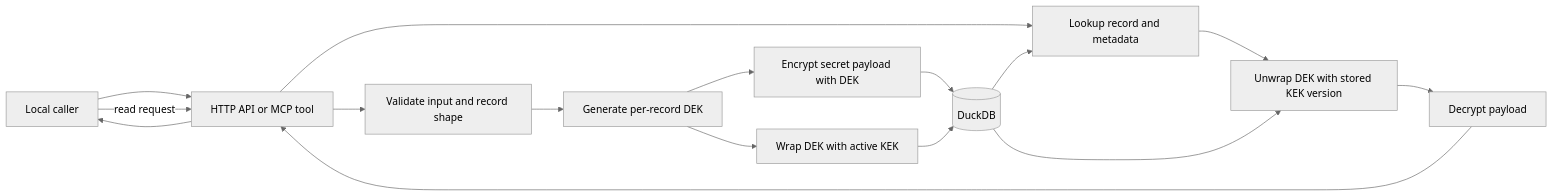
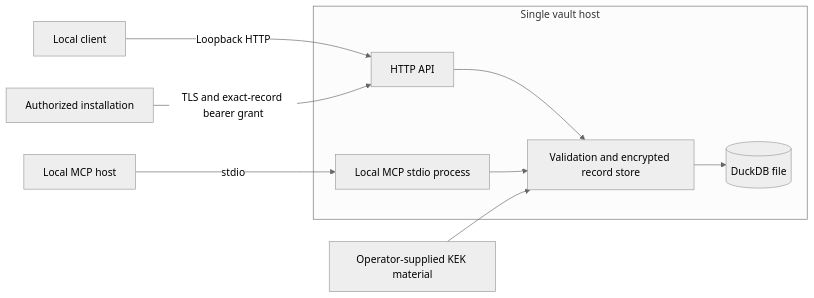
One commit to LynnColeArt/squidkeys changed the first of 2 diagrams in README.md. Above: the diagram before and after it, drawn with Mermaid (neutral theme). The commit also changed other lines of this file and 1 other file, not shown here.

Commit message:
docs: clarify SquidKeys architecture after repository rename (#2)

````diff
--- a/README.md
+++ b/README.md
@@ -39,30 +24,16 @@
 ```mermaid
 flowchart LR
-  Caller[Local caller]
-  API[HTTP API or MCP tool]
-  Validate[Validate input and record shape]
-  DEK[Generate per-record DEK]
-  Encrypt[Encrypt secret payload with DEK]
-  Wrap[Wrap DEK with active KEK]
-  DB[(DuckDB)]
-  Lookup[Lookup record and metadata]
-  Unwrap[Unwrap DEK with stored KEK version]
-  Decrypt[Decrypt payload]
-
-  Caller --> API
-  API --> Validate
-  Validate --> DEK
-  DEK --> Encrypt
-  DEK --> Wrap
-  Encrypt --> DB
-  Wrap --> DB
-
-  Caller -->|read request| API
-  API --> Lookup
-  DB --> Lookup
-  Lookup --> Unwrap
-  DB --> Unwrap
-  Unwrap --> Decrypt
-  Decrypt --> API
-  API --> Caller
+  subgraph Host[Single vault host]
+    API[HTTP API]
+    MCP[Local MCP stdio process]
+    Store[Validation and encrypted record store]
+    DB[(DuckDB file)]
+    API --> Store
+    MCP --> Store
+    Store --> DB
+  end
+  Local[Local client] -->|Loopback HTTP| API
+  Remote[Authorized installation] -->|TLS and exact-record bearer grant| API
+  Agent[Local MCP host] -->|stdio| MCP
+  KEK[Operator-supplied KEK material] --> Store
 ```
````
